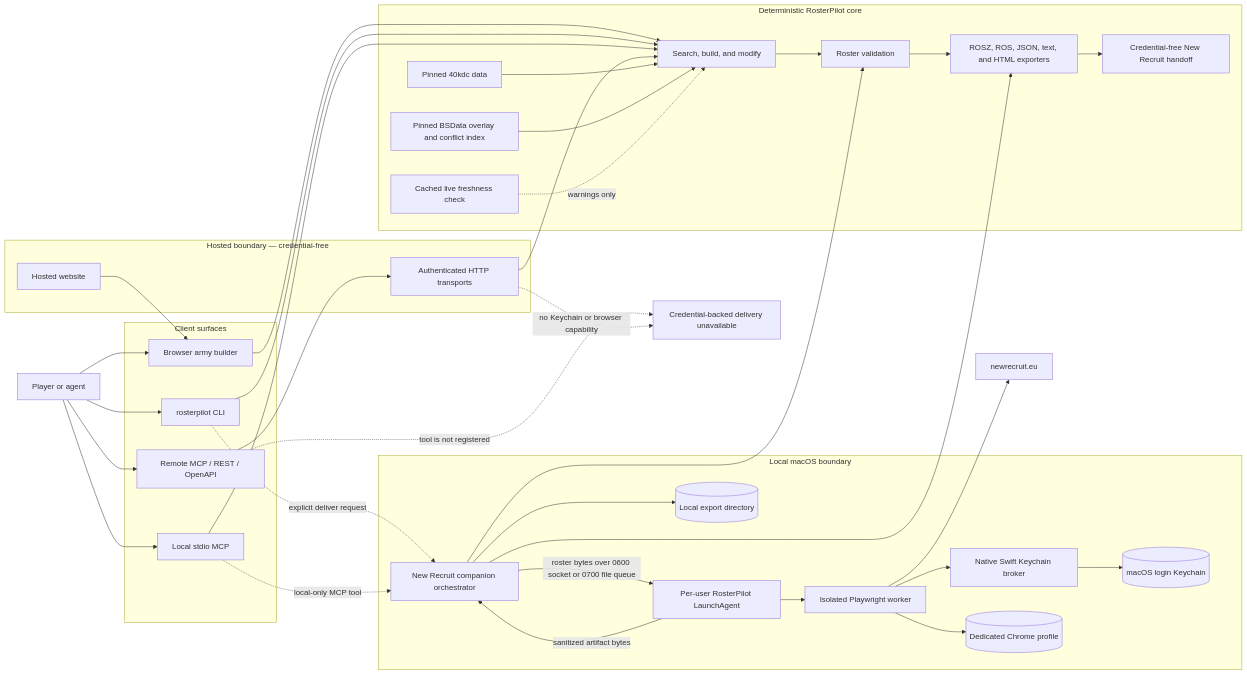
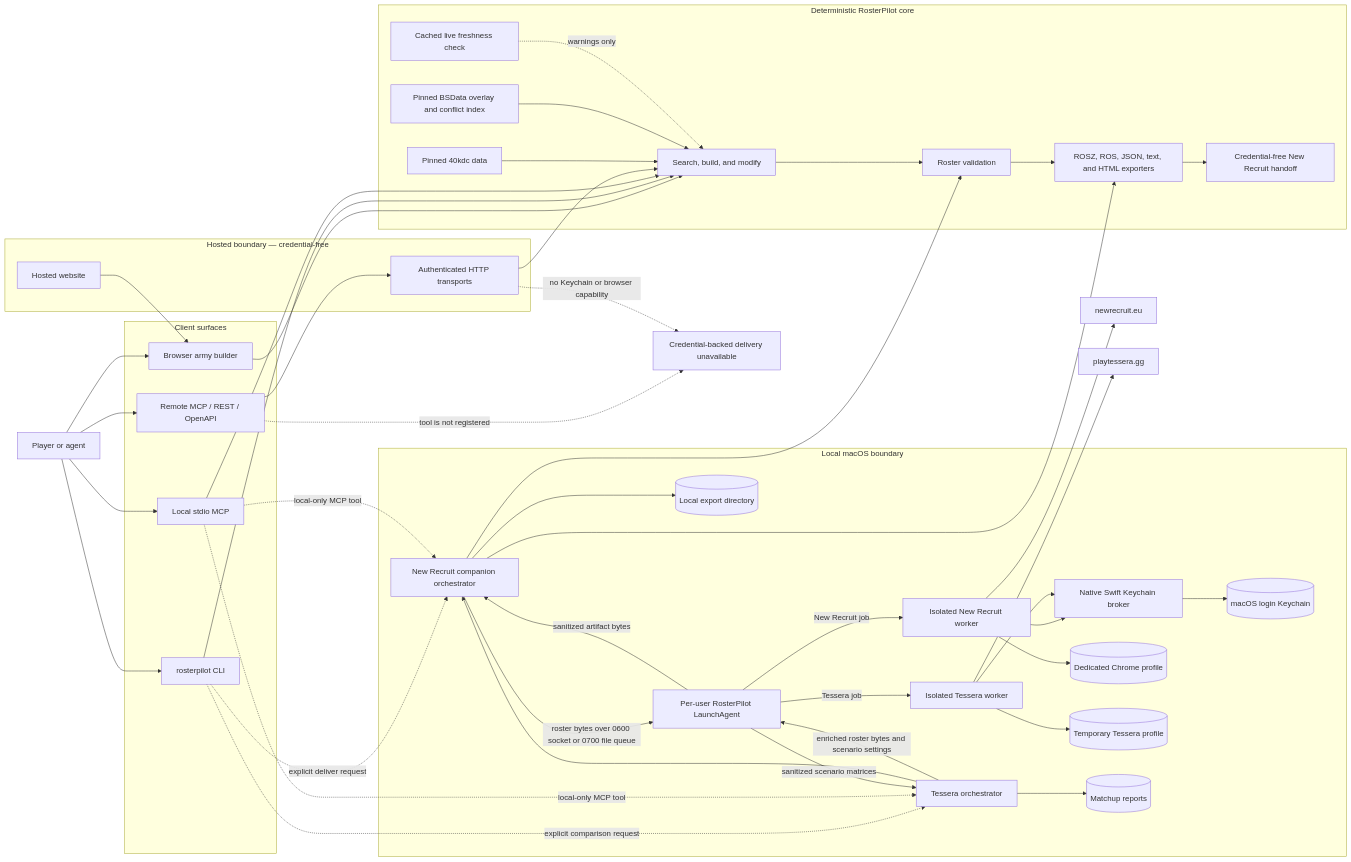
One commit to jrichyrich/new_recruit changed the second of 5 diagrams in docs/architecture.md. Above: the diagram before and after it, drawn with Mermaid. The commit also changed other lines of this file and 23 other files, not shown here.

```diff
--- a/docs/architecture.md
+++ b/docs/architecture.md
@@ -148,14 +181,19 @@
     subgraph local["Local macOS boundary"]
         companion["New Recruit companion orchestrator"]
         agent["Per-user RosterPilot LaunchAgent"]
-        worker["Isolated Playwright worker"]
+        worker["Isolated New Recruit worker"]
+        tesseraCompanion["Tessera orchestrator"]
+        tesseraWorker["Isolated Tessera worker"]
         broker["Native Swift Keychain broker"]
         keychain[("macOS login Keychain")]
         profile[("Dedicated Chrome profile")]
+        tempProfile[("Temporary Tessera profile")]
         files[("Local export directory")]
+        reports[("Matchup reports")]
     end
 
     newRecruit["newrecruit.eu"]
+    tessera["playtessera.gg"]
 
     user --> web
     user --> cli
@@ -178,16 +216,26 @@
 
     cli -. "explicit deliver request" .-> companion
     localMcp -. "local-only MCP tool" .-> companion
+    cli -. "explicit comparison request" .-> tesseraCompanion
+    localMcp -. "local-only MCP tool" .-> tesseraCompanion
+    tesseraCompanion --> companion
     companion --> validator
     companion --> exporter
     companion -->|"roster bytes over 0600 socket or 0700 file queue"| agent
-    agent --> worker
+    tesseraCompanion -->|"enriched roster bytes and scenario settings"| agent
+    agent -->|"New Recruit job"| worker
+    agent -->|"Tessera job"| tesseraWorker
     worker --> broker
+    tesseraWorker --> broker
     broker --> keychain
     worker --> profile
+    tesseraWorker --> tempProfile
     worker --> newRecruit
+    tesseraWorker --> tessera
     agent -->|"sanitized artifact bytes"| companion
+    agent -->|"sanitized scenario matrices"| tesseraCompanion
     companion --> files
+    tesseraCompanion --> reports
 
     hostedStop["Credential-backed delivery unavailable"]
     remote -. "tool is not registered" .-> hostedStop
```
